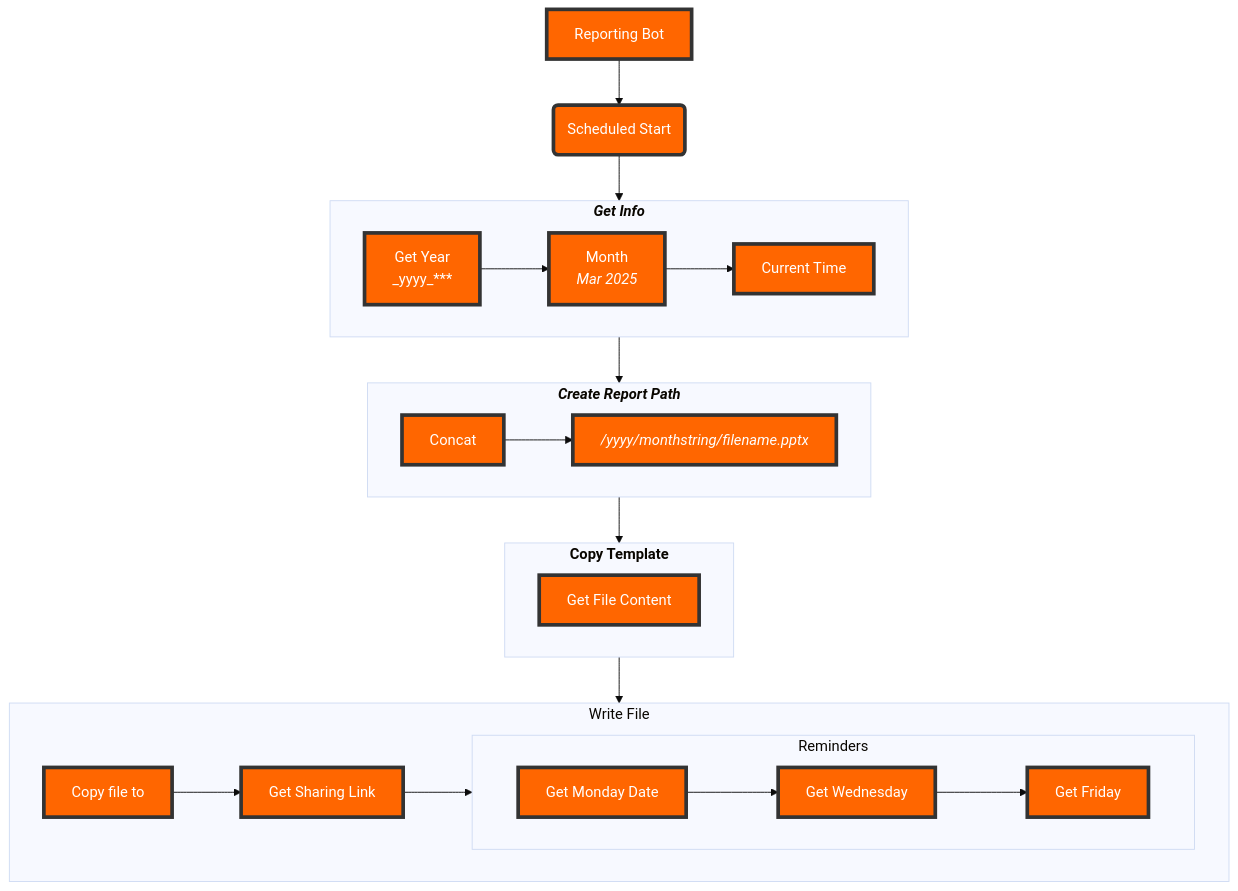
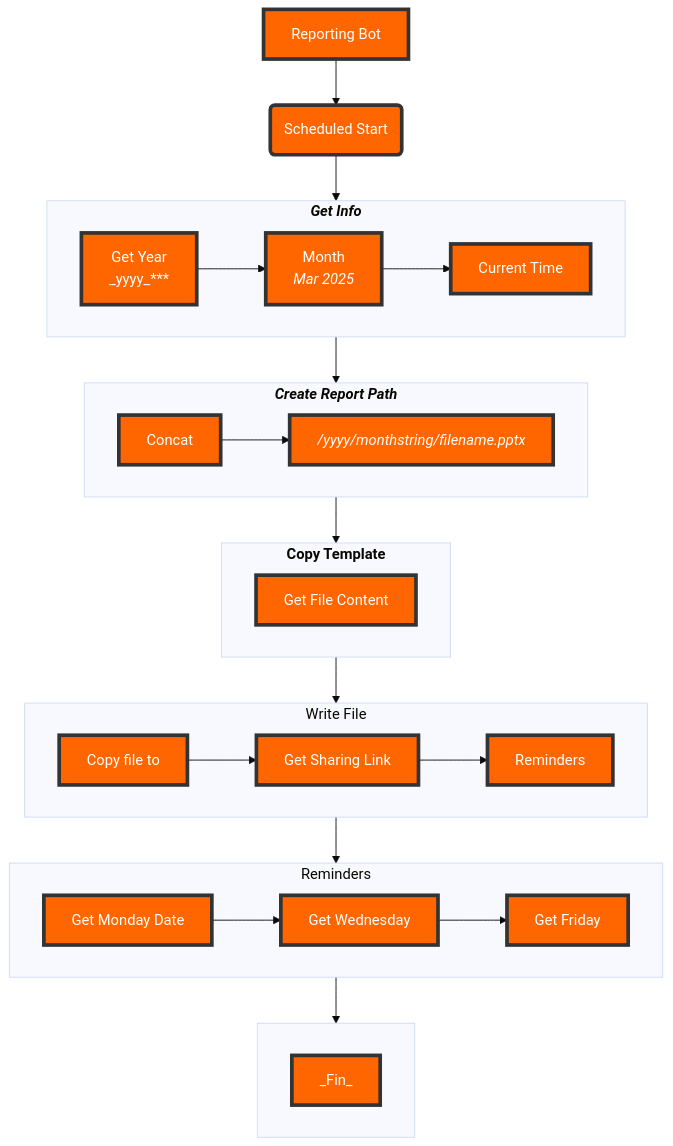
The diagram in Reporting Bot.md (CharlesL-Sec/Chart-for-ReportBot), drawn with Mermaid (base theme) before and after one commit.

Commit message:
Update Reporting Bot.md

````diff
--- a/Reporting Bot.md
+++ b/Reporting Bot.md
@@ -6,35 +6,40 @@
 ```mermaid
 flowchart TD
 classDef default fill:#ff6600,stroke:#333,stroke-width:4px, color: #ffffff, 'primaryColor': '#red';
-    A[Reporting Bot] --> B(Scheduled Start)
-    B-->getinfo-->createpath[Create Path]-->copyTemplate-->writeNewfileSub
+  A[Reporting Bot] --> B(Scheduled Start)
+  B-->getinfo-->createpath[Create Path]-->copyTemplate-->writeNewfileSub-->sendReminidersSub-->finishSub
 
 subgraph getinfo["`***Get Info***`"]
-    direction LR
-    dateinfo["Get Year <br> _yyyy_***"]-->
-    monthInfo["`Month <br> _Mar 2025_`"]-->
-    getCurrntTimeStamp["Current Time"]
+  direction LR
+  dateinfo["Get Year <br> _yyyy_***"]-->
+  monthInfo["`Month <br> _Mar 2025_`"]-->
+  getCurrntTimeStamp["Current Time"]
 end
 
 subgraph createpath["`***Create Report Path***`"]
-    concatVariables[Concat]-->
-    pathstring["`_/yyyy/monthstring/filename.pptx_`"]
+  direction LR
+  concatVariables[Concat]-->pathstring["`_/yyyy/monthstring/filename.pptx_`"]
 end
 
 
 subgraph copyTemplate["`**Copy Template**`"]
     getFile[Get File Content]
-
 end
 
 
 subgraph writeNewfileSub[Write File]
-    wrriteNewFile[Copy file to]-->getfilelink[Get Sharing Link]-->remindersTime[Reminders]
+  direction LR
+  writeNewFile[Copy file to]-->getfilelink[Get Sharing Link]-->remindersTime[Reminders]
 end
 
-subgraph remindersTime[Reminders]
+
+subgraph sendReminidersSub[Reminders]
   direction LR
   getNextMonday[Get Monday Date]-->getWednesayDate[Get Wednesday]-->getNextFridayDate[Get Friday]
+end
 
+subgraph finishSub[" "]
+  _Fin_
 end
+
 ```
````
